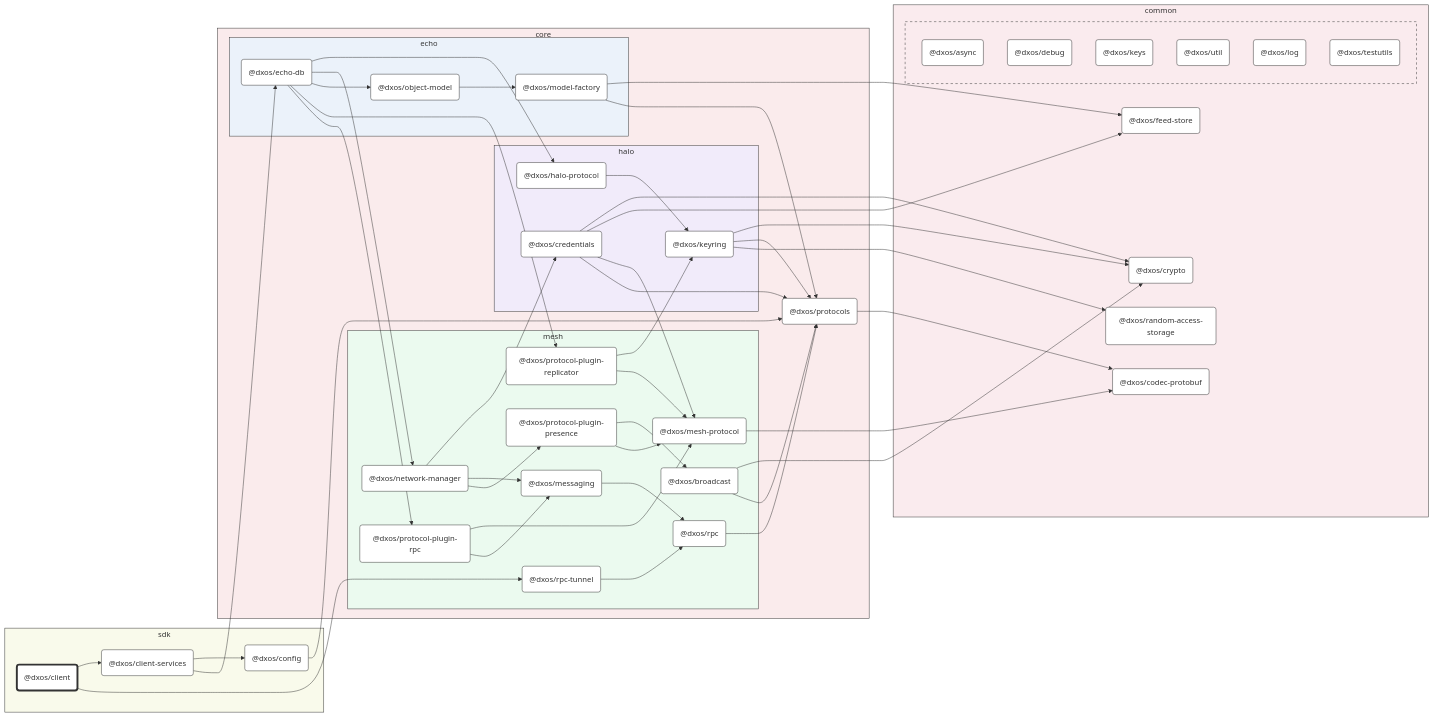
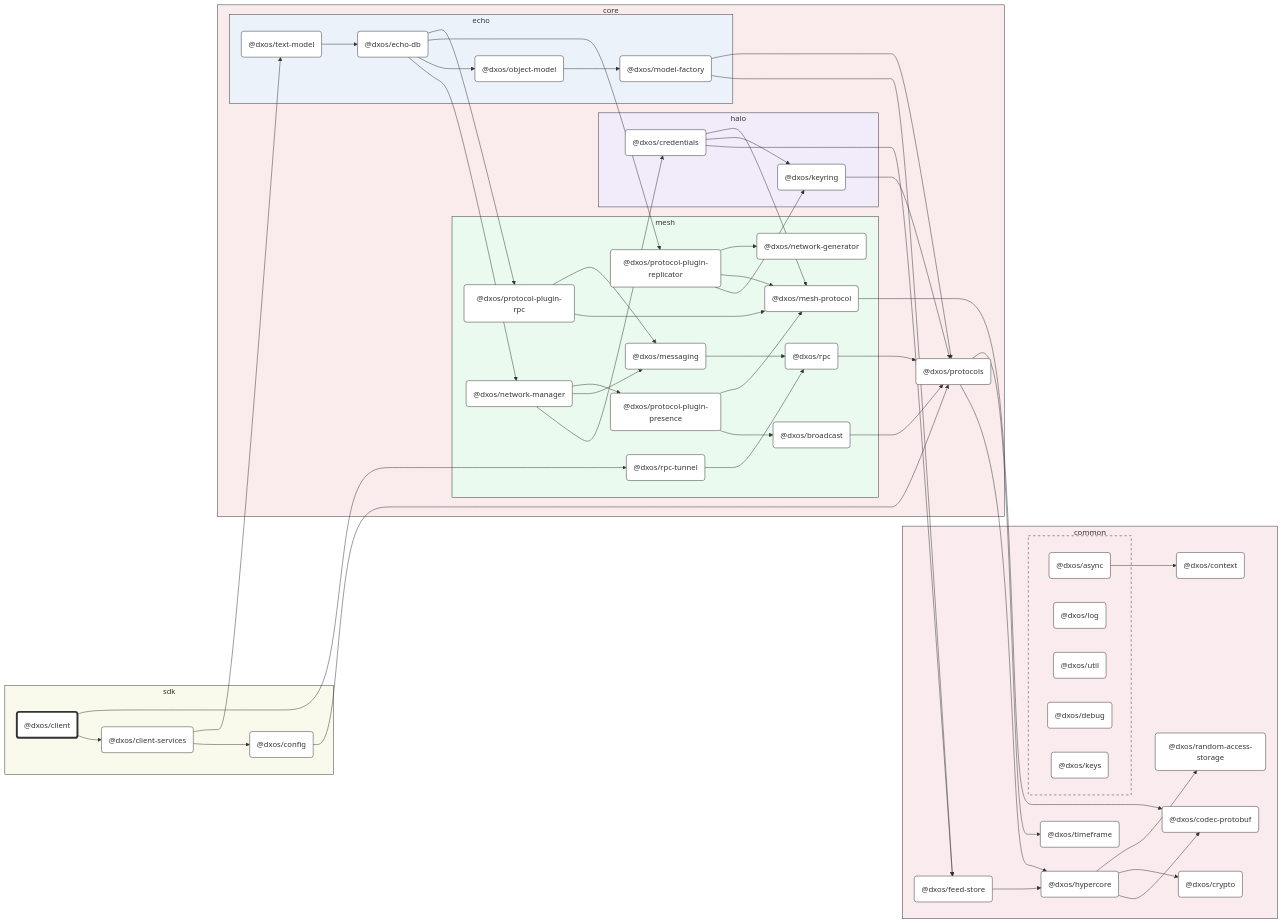
One commit to dxos/dxos changed the diagram in packages/sdk/client/docs/README.md. Above: the diagram before and after it, drawn with Mermaid. The commit also changed other lines of this file and 95 other files, not shown here.

Commit message:
Class diagrams.

````diff
--- a/packages/sdk/client/docs/README.md
+++ b/packages/sdk/client/docs/README.md
@@ -27,29 +27,33 @@
 
 subgraph common [common]
   style common fill:#faebee,stroke:#333
+  dxos/context("@dxos/context"):::def
+  click dxos/context "dxos/dxos/tree/main/packages/common/context/docs"
   dxos/codec-protobuf("@dxos/codec-protobuf"):::def
   click dxos/codec-protobuf "dxos/dxos/tree/main/packages/common/codec-protobuf/docs"
+  dxos/hypercore("@dxos/hypercore"):::def
+  click dxos/hypercore "dxos/dxos/tree/main/packages/common/hypercore/docs"
   dxos/crypto("@dxos/crypto"):::def
   click dxos/crypto "dxos/dxos/tree/main/packages/common/crypto/docs"
+  dxos/random-access-storage("@dxos/random-access-storage"):::def
+  click dxos/random-access-storage "dxos/dxos/tree/main/packages/common/random-access-storage/docs"
+  dxos/timeframe("@dxos/timeframe"):::def
+  click dxos/timeframe "dxos/dxos/tree/main/packages/common/timeframe/docs"
   dxos/feed-store("@dxos/feed-store"):::def
   click dxos/feed-store "dxos/dxos/tree/main/packages/common/feed-store/docs"
-  dxos/random-access-storage("@dxos/random-access-storage"):::def
-  click dxos/random-access-storage "dxos/dxos/tree/main/packages/common/random-access-storage/docs"
 
   subgraph _ [ ]
     style _ fill:#faebee,stroke:#333,stroke-dasharray:5 5
     dxos/async("@dxos/async"):::def
     click dxos/async "dxos/dxos/tree/main/packages/common/async/docs"
+    dxos/log("@dxos/log"):::def
+    click dxos/log "dxos/dxos/tree/main/packages/common/log/docs"
+    dxos/util("@dxos/util"):::def
+    click dxos/util "dxos/dxos/tree/main/packages/common/util/docs"
     dxos/debug("@dxos/debug"):::def
     click dxos/debug "dxos/dxos/tree/main/packages/common/debug/docs"
     dxos/keys("@dxos/keys"):::def
     click dxos/keys "dxos/dxos/tree/main/packages/common/keys/docs"
-    dxos/util("@dxos/util"):::def
-    click dxos/util "dxos/dxos/tree/main/packages/common/util/docs"
-    dxos/log("@dxos/log"):::def
-    click dxos/log "dxos/dxos/tree/main/packages/common/log/docs"
-    dxos/testutils("@dxos/testutils"):::def
-    click dxos/testutils "dxos/dxos/tree/main/packages/common/testutils/docs"
   end
 end
 
@@ -62,8 +66,6 @@
     style halo fill:#f1ebfa,stroke:#333
     dxos/credentials("@dxos/credentials"):::def
     click dxos/credentials "dxos/dxos/tree/main/packages/core/halo/credentials/docs"
-    dxos/halo-protocol("@dxos/halo-protocol"):::def
-    click dxos/halo-protocol "dxos/dxos/tree/main/packages/core/halo/halo-protocol/docs"
     dxos/keyring("@dxos/keyring"):::def
     click dxos/keyring "dxos/dxos/tree/main/packages/core/halo/keyring/docs"
   end
@@ -84,6 +86,8 @@
     click dxos/broadcast "dxos/dxos/tree/main/packages/core/mesh/broadcast/docs"
     dxos/protocol-plugin-replicator("@dxos/protocol-plugin-replicator"):::def
     click dxos/protocol-plugin-replicator "dxos/dxos/tree/main/packages/core/mesh/protocol-plugin-replicator/docs"
+    dxos/network-generator("@dxos/network-generator"):::def
+    click dxos/network-generator "dxos/dxos/tree/main/packages/core/mesh/network-generator/docs"
     dxos/protocol-plugin-rpc("@dxos/protocol-plugin-rpc"):::def
     click dxos/protocol-plugin-rpc "dxos/dxos/tree/main/packages/core/mesh/protocol-plugin-rpc/docs"
     dxos/rpc-tunnel("@dxos/rpc-tunnel"):::def
@@ -98,26 +102,28 @@
     click dxos/model-factory "dxos/dxos/tree/main/packages/core/echo/model-factory/docs"
     dxos/object-model("@dxos/object-model"):::def
     click dxos/object-model "dxos/dxos/tree/main/packages/core/echo/object-model/docs"
+    dxos/text-model("@dxos/text-model"):::def
+    click dxos/text-model "dxos/dxos/tree/main/packages/core/echo/text-model/docs"
   end
 end
 
 %% Links
 linkStyle default stroke:#333,stroke-width:1px
+dxos/async --> dxos/context
 dxos/client --> dxos/client-services
 dxos/client-services --> dxos/config
 dxos/config --> dxos/protocols
-dxos/protocols --> dxos/codec-protobuf
-dxos/credentials --> dxos/crypto
+dxos/protocols --> dxos/hypercore
+dxos/hypercore --> dxos/codec-protobuf
+dxos/hypercore --> dxos/crypto
+dxos/hypercore --> dxos/random-access-storage
+dxos/protocols --> dxos/timeframe
 dxos/credentials --> dxos/feed-store
+dxos/feed-store --> dxos/hypercore
+dxos/credentials --> dxos/keyring
+dxos/keyring --> dxos/protocols
 dxos/credentials --> dxos/mesh-protocol
 dxos/mesh-protocol --> dxos/codec-protobuf
-dxos/credentials --> dxos/protocols
-dxos/client-services --> dxos/echo-db
-dxos/echo-db --> dxos/halo-protocol
-dxos/halo-protocol --> dxos/keyring
-dxos/keyring --> dxos/crypto
-dxos/keyring --> dxos/protocols
-dxos/keyring --> dxos/random-access-storage
 dxos/messaging --> dxos/rpc
 dxos/rpc --> dxos/protocols
 dxos/model-factory --> dxos/feed-store
@@ -127,7 +133,6 @@
 dxos/network-manager --> dxos/messaging
 dxos/network-manager --> dxos/protocol-plugin-presence
 dxos/protocol-plugin-presence --> dxos/broadcast
-dxos/broadcast --> dxos/crypto
 dxos/broadcast --> dxos/protocols
 dxos/protocol-plugin-presence --> dxos/mesh-protocol
 dxos/echo-db --> dxos/object-model
@@ -135,9 +140,12 @@
 dxos/echo-db --> dxos/protocol-plugin-replicator
 dxos/protocol-plugin-replicator --> dxos/keyring
 dxos/protocol-plugin-replicator --> dxos/mesh-protocol
+dxos/protocol-plugin-replicator --> dxos/network-generator
 dxos/echo-db --> dxos/protocol-plugin-rpc
 dxos/protocol-plugin-rpc --> dxos/mesh-protocol
 dxos/protocol-plugin-rpc --> dxos/messaging
+dxos/client-services --> dxos/text-model
+dxos/text-model --> dxos/echo-db
 dxos/client --> dxos/rpc-tunnel
 dxos/rpc-tunnel --> dxos/rpc
 ```
````
